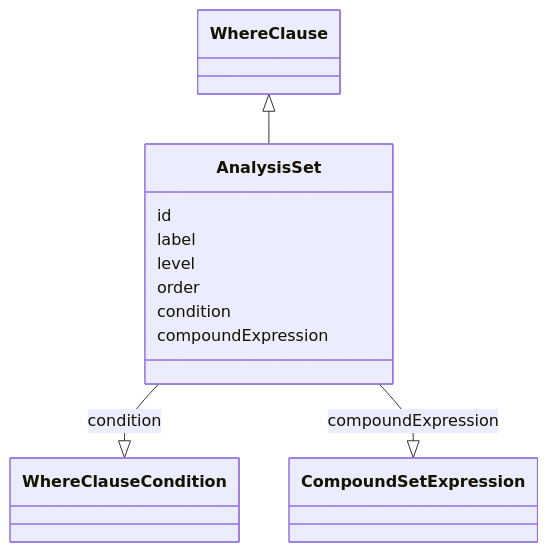
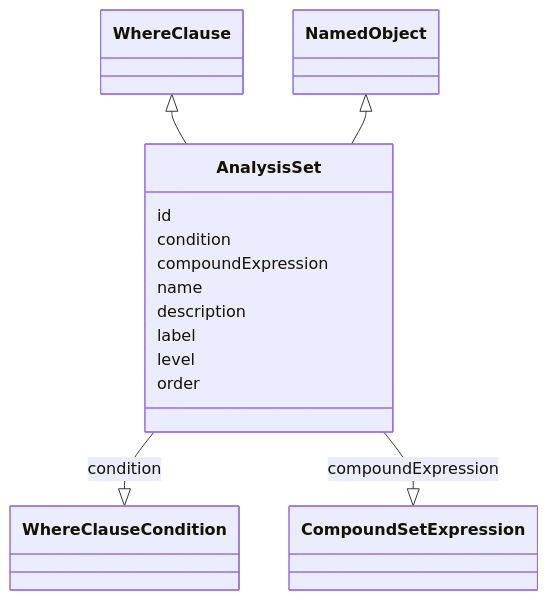
Before and after one commit to cdisc-org/analysis-results-standard: the diagram in project/docs/AnalysisSet.md, drawn with Mermaid. The commit also changed other lines of this file and 174 other files, not shown here.

````diff
--- a/project/docs/AnalysisSet.md
+++ b/project/docs/AnalysisSet.md
@@ -13,15 +13,17 @@
 ```mermaid
  classDiagram
     class AnalysisSet
-      WhereClause <|-- AnalysisSet
-
+      WhereClause <|-- AnalysisSet        
+      NamedObject <|-- AnalysisSet        
       AnalysisSet : id
-        AnalysisSet : label
-        AnalysisSet : level
-        AnalysisSet : order
         AnalysisSet : condition
         AnalysisSet --|> WhereClauseCondition : condition
         AnalysisSet : compoundExpression
         AnalysisSet --|> CompoundSetExpression : compoundExpression
+        AnalysisSet : name
+        AnalysisSet : description
+        AnalysisSet : label
+        AnalysisSet : level
+        AnalysisSet : order
         
 ```
````
